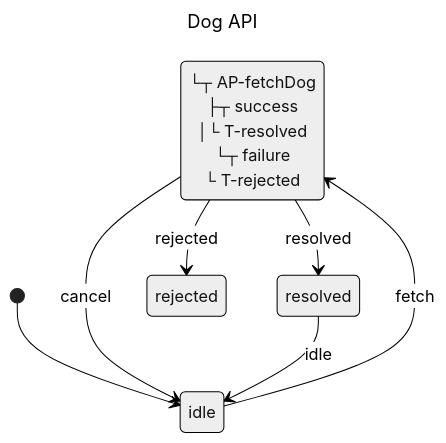
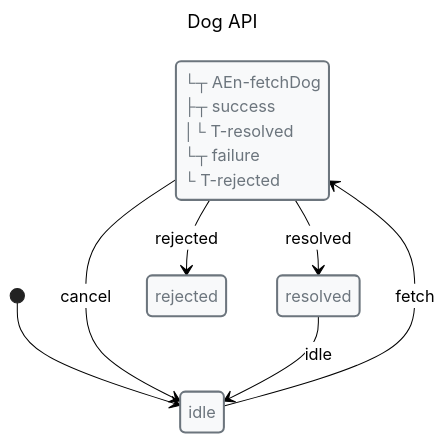
One commit to Masquerade-Circus/x-robot changed the diagram in media/fetch-machine.mmd. Above: the diagram before and after it, drawn with Mermaid (neutral theme). The commit also changed 145 other files, not shown here.

Commit message:
refactor: regenerate docs and mermaid implementation

```diff
--- a/media/fetch-machine.mmd
+++ b/media/fetch-machine.mmd
@@ -1,26 +1,30 @@
 ---
 title: Dog API
 ---
 
 stateDiagram-v2
 
 classDef danger fill:#f8d7da,stroke:#721c24,stroke-width:2px,text-align:left,color:#721c24
 classDef warning fill:#fff3cd,stroke:#856404,stroke-width:2px,text-align:left,color:#856404
 classDef success fill:#d4edda,stroke:#155724,stroke-width:2px,text-align:left,color:#155724
 classDef primary fill:#cce5ff,stroke:#004085,stroke-width:2px,text-align:left,color:#004085
 classDef info fill:#d1ecf1,stroke:#0c5460,stroke-width:2px,text-align:left,color:#0c5460
 classDef def fill:#f8f9fa,stroke:#6c757d,stroke-width:2px,text-align:left,color:#6c757d
 
 state idle
 state loading
 state resolved
 state rejected
+class idle def
+class loading def
+class resolved def
+class rejected def
 
-loading: └┬ AP-fetchDog<br> ├┬ success<br> │└ T-resolved<br> └┬ failure<br>  └ T-rejected
+loading: └┬ AEn-fetchDog<br> ├┬ success<br> │└ T-resolved<br> └┬ failure<br>  └ T-rejected
 
 [*] --> idle
 idle --> loading: fetch
 loading --> resolved: resolved
 loading --> rejected: rejected
 loading --> idle: cancel
 resolved --> idle: idle
```
